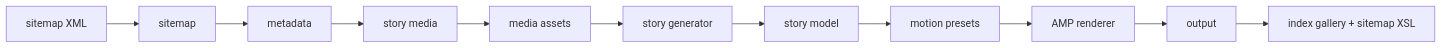
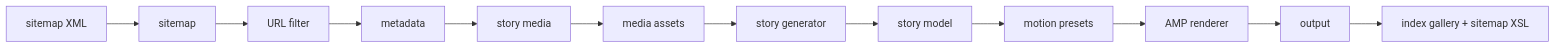
Before and after one commit to joisiney/web-stories: the diagram in docs/architecture.md, drawn with Mermaid. The commit also changed other lines of this file and 28 other files, not shown here.

````diff
--- a/docs/architecture.md
+++ b/docs/architecture.md
@@ -9,13 +9,14 @@
 ```mermaid
 flowchart LR
   A["sitemap XML"] --> B["sitemap"]
-  B --> C["metadata"]
-  C --> D["story media"]
-  D --> E["media assets"]
-  E --> F["story generator"]
-  F --> G["story model"]
-  G --> H["motion presets"]
-  H --> I["AMP renderer"]
-  I --> J["output"]
-  J --> K["index gallery + sitemap XSL"]
+  B --> C["URL filter"]
+  C --> D["metadata"]
+  D --> E["story media"]
+  E --> F["media assets"]
+  F --> G["story generator"]
+  G --> H["story model"]
+  H --> I["motion presets"]
+  I --> J["AMP renderer"]
+  J --> K["output"]
+  K --> L["index gallery + sitemap XSL"]
 ```
````
